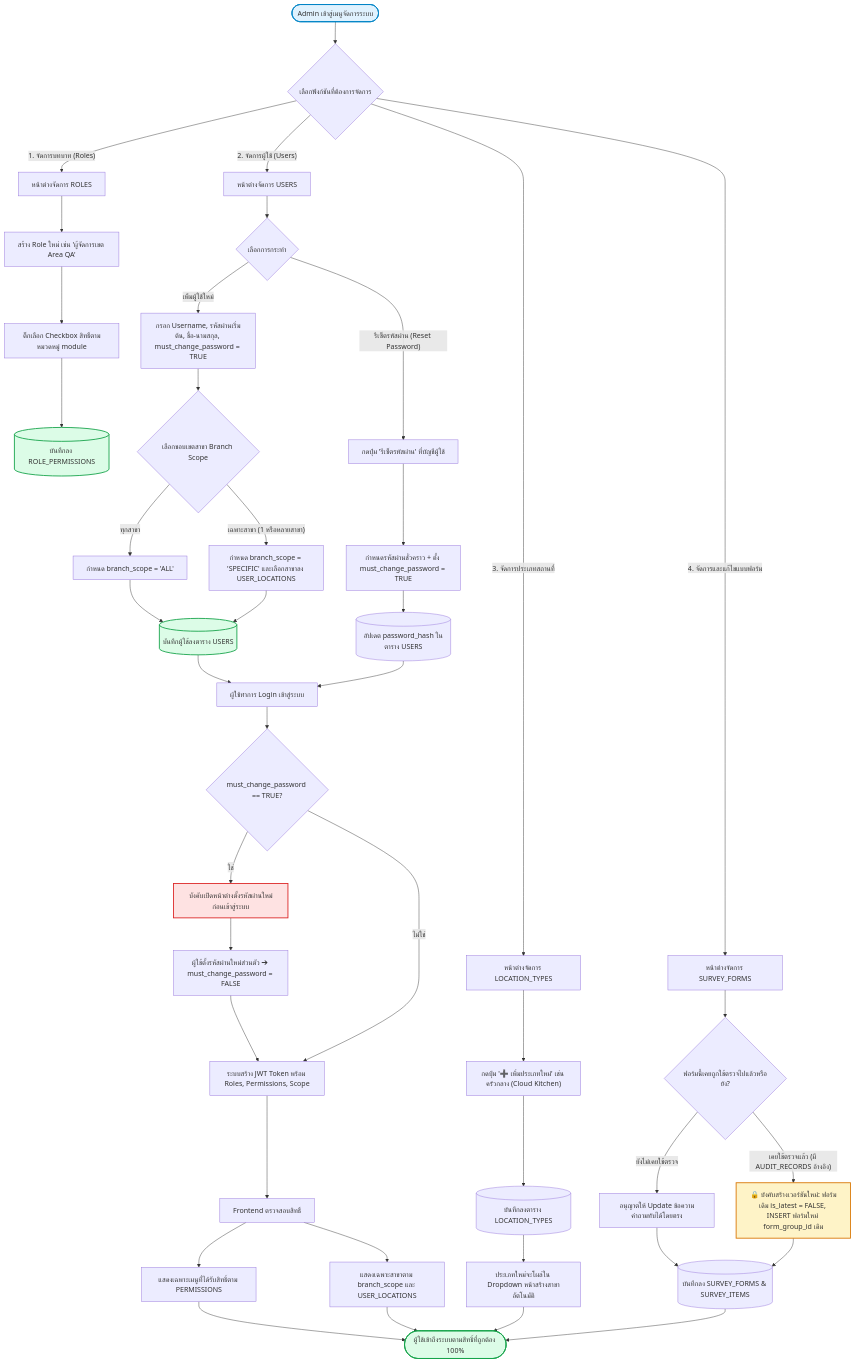
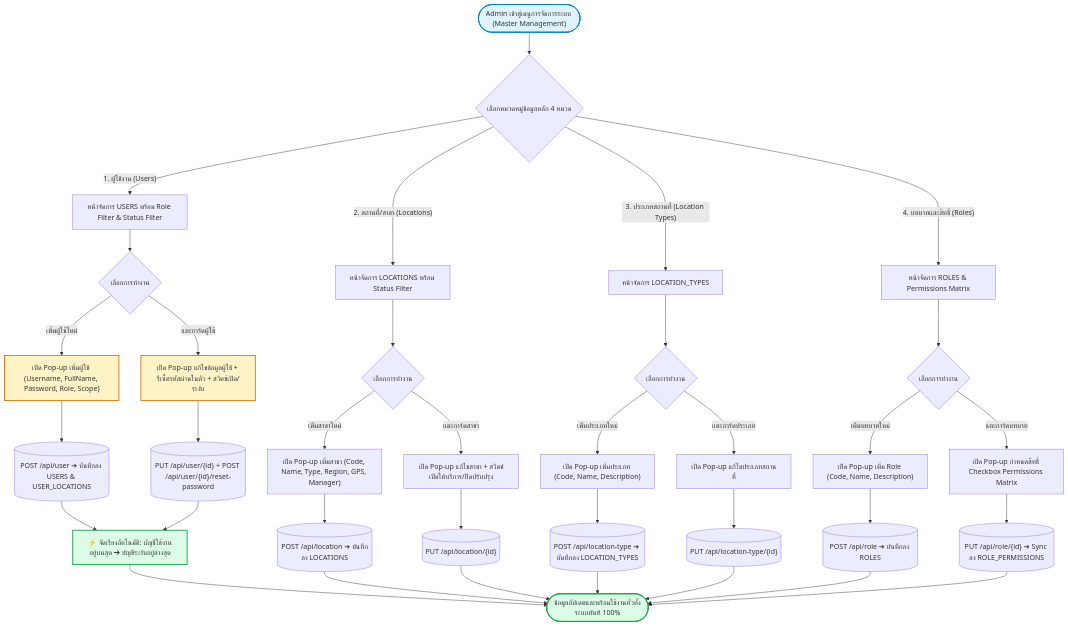
One commit to jirawat659/qsc-system changed the fifth of 5 diagrams in SYSTEM_FLOWCHARTS.md. Above: the diagram before and after it, drawn with Mermaid. The commit also changed other lines of this file and 4 other files, not shown here.

Commit message:
docs: update PROJECT_STATUS, FLOWCHARTS, and DATA_DICTIONARY to v2.8

````diff
--- a/SYSTEM_FLOWCHARTS.md
+++ b/SYSTEM_FLOWCHARTS.md
@@ -210,64 +181,53 @@
 ```mermaid
 flowchart TD
-    AdminLogin(["Admin เข้าสู่เมนูจัดการระบบ"]) --> AdminChoice{"เลือกฟังก์ชันที่ต้องการจัดการ"}
+    AdminLogin(["Admin เข้าสู่เมนูการจัดการระบบ (Master Management)"]) --> MasterCategory{"เลือกหมวดหมู่ข้อมูลหลัก 4 หมวด"}
     
-    %% สายที่ 1: จัดการบทบาทและสิทธิ์
-    AdminChoice -->|"1. จัดการบทบาท (Roles)"| RoleMgmt["หน้าต่างจัดการ ROLES"]
-    RoleMgmt --> CreateRole["สร้าง Role ใหม่ เช่น 'ผู้จัดการเขต Area QA'"]
-    CreateRole --> CheckboxPerms["ติ๊กเลือก Checkbox สิทธิ์ตามหมวดหมู่ module"]
-    CheckboxPerms --> SaveRolePerms[("บันทึกลง ROLE_PERMISSIONS")]
+    %% 👥 หมวด 1: จัดการผู้ใช้งาน
+    MasterCategory -->|"1. ผู้ใช้งาน (Users)"| UserTab["หน้าจัดการ USERS พร้อม Role Filter & Status Filter"]
+    UserTab --> UserAction{"เลือกการทำงาน"}
+    UserAction -->|"เพิ่มผู้ใช้ใหม่"| OpenAddUserModal["เปิด Pop-up เพิ่มผู้ใช้ (Username, FullName, Password, Role, Scope)"]
+    UserAction -->|"แตะการ์ดผู้ใช้"| OpenEditUserModal["เปิด Pop-up แก้ไขข้อมูลผู้ใช้ + รีเซ็ตรหัสผ่านในตัว + สวิตช์เปิด/ระงับ"]
+    OpenAddUserModal --> SaveUserAPI[("POST /api/user ➔ บันทึกลง USERS & USER_LOCATIONS")]
+    OpenEditUserModal --> SaveEditUserAPI[("PUT /api/user/{id} + POST /api/user/{id}/reset-password")]
     
-    %% สายที่ 2: จัดการผู้ใช้งานและรีเซ็ตรหัสผ่าน
-    AdminChoice -->|"2. จัดการผู้ใช้ (Users)"| UserMgmt["หน้าต่างจัดการ USERS"]
-    UserMgmt --> UserActionChoice{"เลือกการกระทำ"}
+    %% 🏬 หมวด 2: จัดการสถานที่ / สาขา
+    MasterCategory -->|"2. สถานที่/สาขา (Locations)"| LocTab["หน้าจัดการ LOCATIONS พร้อม Status Filter"]
+    LocTab --> LocAction{"เลือกการทำงาน"}
+    LocAction -->|"เพิ่มสาขาใหม่"| OpenAddLocModal["เปิด Pop-up เพิ่มสาขา (Code, Name, Type, Region, GPS, Manager)"]
+    LocAction -->|"แตะการ์ดสาขา"| OpenEditLocModal["เปิด Pop-up แก้ไขสาขา + สวิตช์เปิดให้บริการ/ปิดปรับปรุง"]
+    OpenAddLocModal --> SaveLocAPI[("POST /api/location ➔ บันทึกลง LOCATIONS")]
+    OpenEditLocModal --> SaveEditLocAPI[("PUT /api/location/{id}")]
     
-    UserActionChoice -->|"เพิ่มผู้ใช้ใหม่"| CreateUser["กรอก Username, รหัสผ่านเริ่มต้น, ชื่อ-นามสกุล, must_change_password = TRUE"]
-    CreateUser --> ChooseScope{"เลือกขอบเขตสาขา Branch Scope"}
-    ChooseScope -->|"ทุกสาขา"| ScopeAll["กำหนด branch_scope = 'ALL'"]
-    ChooseScope -->|"เฉพาะสาขา (1 หรือหลายสาขา)"| ScopeSpecific["กำหนด branch_scope = 'SPECIFIC' และเลือกสาขาลง USER_LOCATIONS"]
-    ScopeAll --> SaveUser[("บันทึกผู้ใช้ลงตาราง USERS")]
-    ScopeSpecific --> SaveUser
+    %% 🏷️ หมวด 3: จัดการประเภทสถานที่
+    MasterCategory -->|"3. ประเภทสถานที่ (Location Types)"| TypeTab["หน้าจัดการ LOCATION_TYPES"]
+    TypeTab --> TypeAction{"เลือกการทำงาน"}
+    TypeAction -->|"เพิ่มประเภทใหม่"| OpenAddTypeModal["เปิด Pop-up เพิ่มประเภท (Code, Name, Description)"]
+    TypeAction -->|"แตะการ์ดประเภท"| OpenEditTypeModal["เปิด Pop-up แก้ไขประเภทสถานที่"]
+    OpenAddTypeModal --> SaveTypeAPI[("POST /api/location-type ➔ บันทึกลง LOCATION_TYPES")]
+    OpenEditTypeModal --> SaveEditTypeAPI[("PUT /api/location-type/{id}")]
     
-    UserActionChoice -->|"รีเซ็ตรหัสผ่าน (Reset Password)"| ResetPwd["กดปุ่ม 'รีเซ็ตรหัสผ่าน' ที่บัญชีผู้ใช้"]
-    ResetPwd --> InputNewPwd["กำหนดรหัสผ่านชั่วคราว + ตั้ง must_change_password = TRUE"]
-    InputNewPwd --> SaveNewPwd[("อัปเดต password_hash ในตาราง USERS")]
+    %% 🛡️ หมวด 4: จัดการบทบาทและสิทธิ์
+    MasterCategory -->|"4. บทบาทและสิทธิ์ (Roles)"| RoleTab["หน้าจัดการ ROLES & Permissions Matrix"]
+    RoleTab --> RoleAction{"เลือกการทำงาน"}
+    RoleAction -->|"เพิ่มบทบาทใหม่"| OpenAddRoleModal["เปิด Pop-up เพิ่ม Role (Code, Name, Description)"]
+    RoleAction -->|"แตะการ์ดบทบาท"| OpenEditRoleModal["เปิด Pop-up กำหนดสิทธิ์ Checkbox Permissions Matrix"]
+    OpenAddRoleModal --> SaveRoleAPI[("POST /api/role ➔ บันทึกลง ROLES")]
+    OpenEditRoleModal --> SaveEditRoleAPI[("PUT /api/role/{id} ➔ Sync ลง ROLE_PERMISSIONS")]
     
-    %% สายที่ 3: จัดการประเภทสถานที่ (Location Types)
-    AdminChoice -->|"3. จัดการประเภทสถานที่"| LocTypeMgmt["หน้าต่างจัดการ LOCATION_TYPES"]
-    LocTypeMgmt --> AddLocType["กดปุ่ม '➕ เพิ่มประเภทใหม่' เช่น ครัวกลาง (Cloud Kitchen)"]
-    AddLocType --> SaveLocType[("บันทึกลงตาราง LOCATION_TYPES")]
-    SaveLocType --> ShowDropdown["ประเภทใหม่จะโผล่ใน Dropdown หน้าสร้างสาขาอัตโนมัติ"]
-
-    %% สายที่ 4: จัดการเวอร์ชันแบบฟอร์ม (Form Lineage)
-    AdminChoice -->|"4. จัดการและแก้ไขแบบฟอร์ม"| FormMgmt["หน้าต่างจัดการ SURVEY_FORMS"]
-    FormMgmt --> EditFormCheck{"ฟอร์มนี้เคยถูกใช้ตรวจไปแล้วหรือยัง?"}
-    EditFormCheck -->|"ยังไม่เคยใช้ตรวจ"| DirectUpdate["อนุญาตให้ Update ข้อความคำถามทับได้โดยตรง"]
-    EditFormCheck -->|"เคยใช้ตรวจแล้ว (มี AUDIT_RECORDS อ้างอิง)"| LineageUpdate["🔒 บังคับสร้างเวอร์ชันใหม่: ฟอร์มเดิม is_latest = FALSE, INSERT ฟอร์มใหม่ form_group_id เดิม"]
-    DirectUpdate --> SaveForm[("บันทึกลง SURVEY_FORMS & SURVEY_ITEMS")]
-    LineageUpdate --> SaveForm
-    
-    %% การเข้าใช้งานจริง
-    SaveUser --> UserLogin["ผู้ใช้ทำการ Login เข้าสู่ระบบ"]
-    SaveNewPwd --> UserLogin
-    UserLogin --> CheckMustChange{"must_change_password == TRUE?"}
-    CheckMustChange -->|"ใช่"| ForceChangePwdScreen["บังคับเปิดหน้าต่างตั้งรหัสผ่านใหม่ก่อนเข้าสู่ระบบ"]
-    ForceChangePwdScreen --> SetNewPwd["ผู้ใช้ตั้งรหัสผ่านใหม่ส่วนตัว ➔ must_change_password = FALSE"]
-    SetNewPwd --> TokenGen["ระบบสร้าง JWT Token พร้อม Roles, Permissions, Scope"]
-    CheckMustChange -->|"ไม่ใช่"| TokenGen
-    
-    TokenGen --> RenderUI["Frontend ตรวจสอบสิทธิ์"]
-    RenderUI --> FilterMenu["แสดงเฉพาะเมนูที่ได้รับสิทธิ์ตาม PERMISSIONS"]
-    RenderUI --> FilterBranch["แสดงเฉพาะสาขาตาม branch_scope และ USER_LOCATIONS"]
-    
-    FilterMenu --> EndRBAC(["ผู้ใช้เข้าถึงระบบตามสิทธิ์ที่ถูกต้อง 100%"])
-    FilterBranch --> EndRBAC
-    ShowDropdown --> EndRBAC
-    SaveForm --> EndRBAC
+    %% การจัดเรียงและการแสดงผล
+    SaveUserAPI --> SortUsers["⚡ จัดเรียงอัตโนมัติ: บัญชีใช้งานอยู่บนสุด ➔ บัญชีระงับอยู่ล่างสุด"]
+    SaveEditUserAPI --> SortUsers
+    SortUsers --> EndMaster(["ข้อมูลอัปเดตและพร้อมใช้งานทั่วทั้งระบบทันที 100%"])
+    SaveLocAPI --> EndMaster
+    SaveEditLocAPI --> EndMaster
+    SaveTypeAPI --> EndMaster
+    SaveEditTypeAPI --> EndMaster
+    SaveRoleAPI --> EndMaster
+    SaveEditRoleAPI --> EndMaster
 
     style AdminLogin fill:#e0f2fe,stroke:#0284c7,stroke-width:2px
-    style SaveRolePerms fill:#dcfce7,stroke:#16a34a,stroke-width:2px
-    style SaveUser fill:#dcfce7,stroke:#16a34a,stroke-width:2px
-    style LineageUpdate fill:#fef3c7,stroke:#d97706,stroke-width:2px
-    style ForceChangePwdScreen fill:#fee2e2,stroke:#dc2626,stroke-width:2px
-    style EndRBAC fill:#dcfce7,stroke:#16a34a,stroke-width:2px
+    style OpenAddUserModal fill:#fef3c7,stroke:#d97706,stroke-width:2px
+    style OpenEditUserModal fill:#fef3c7,stroke:#d97706,stroke-width:2px
+    style SortUsers fill:#dcfce7,stroke:#16a34a,stroke-width:2px
+    style EndMaster fill:#dcfce7,stroke:#16a34a,stroke-width:2px
 ```
````
